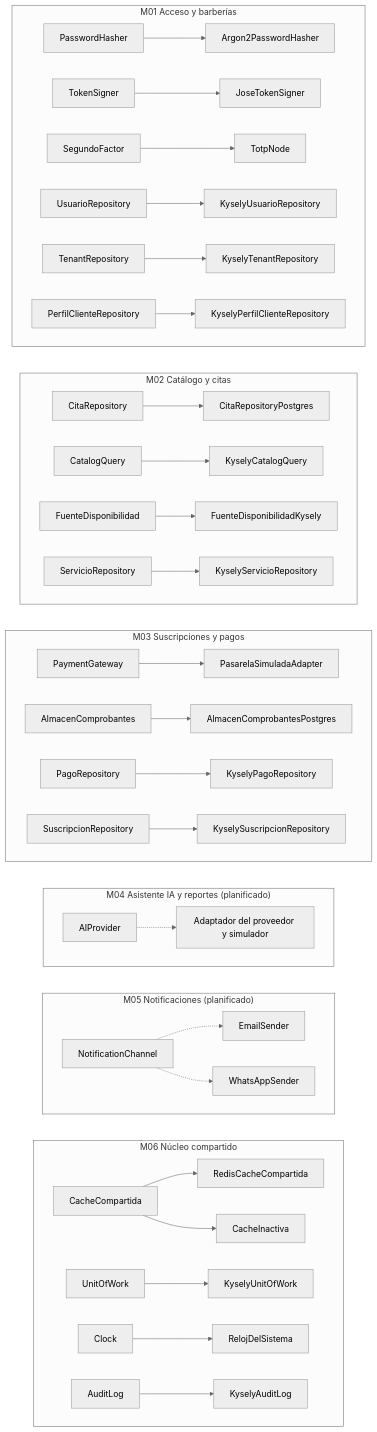
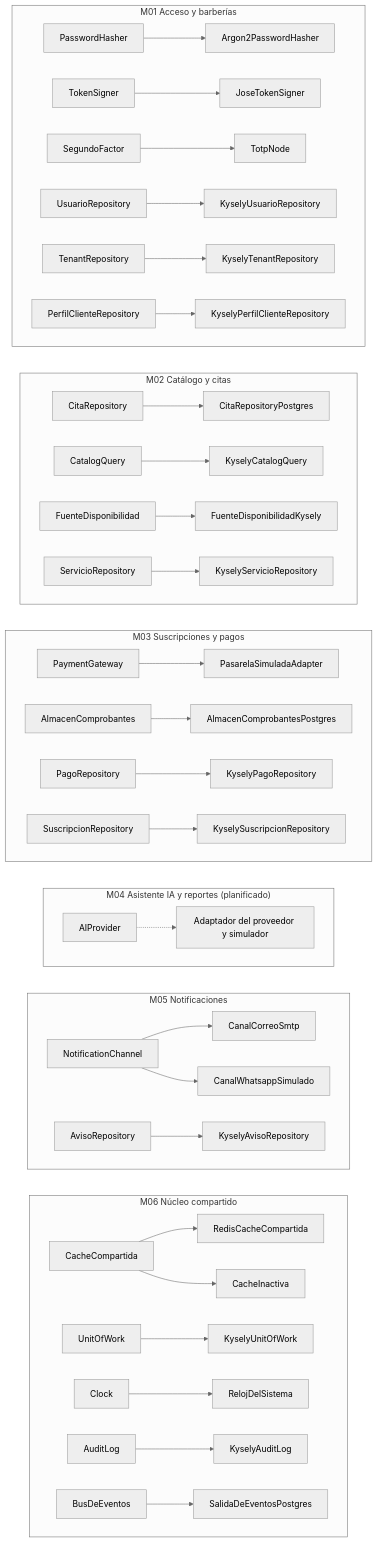
Before and after one commit to semcham/proyecto-final-barberia-ayacucho: the diagram in docs/03-diseño-de-software/diseño-interno/principios-de-diseño.md, drawn with Mermaid (neutral theme). The commit also changed other lines of this file and 27 other files, not shown here.

````diff
--- a/docs/03-diseño-de-software/diseño-interno/principios-de-diseño.md
+++ b/docs/03-diseño-de-software/diseño-interno/principios-de-diseño.md
@@ -34,48 +34,50 @@
 ```mermaid
 flowchart TB
     subgraph M01["M01 Acceso y barberías"]
         direction LR
         PasswordHasher["PasswordHasher"] --> Argon2PasswordHasher["Argon2PasswordHasher"]
         TokenSigner["TokenSigner"] --> JoseTokenSigner["JoseTokenSigner"]
         SegundoFactor["SegundoFactor"] --> TotpNode["TotpNode"]
         UsuarioRepository["UsuarioRepository"] --> KyselyUsuarioRepository["KyselyUsuarioRepository"]
         TenantRepository["TenantRepository"] --> KyselyTenantRepository["KyselyTenantRepository"]
         PerfilClienteRepository["PerfilClienteRepository"] --> KyselyPerfilClienteRepository["KyselyPerfilClienteRepository"]
     end
     subgraph M02["M02 Catálogo y citas"]
         direction LR
         CitaRepository["CitaRepository"] --> CitaRepositoryPostgres["CitaRepositoryPostgres"]
         CatalogQuery["CatalogQuery"] --> KyselyCatalogQuery["KyselyCatalogQuery"]
         FuenteDisponibilidad["FuenteDisponibilidad"] --> FuenteDisponibilidadKysely["FuenteDisponibilidadKysely"]
         ServicioRepository["ServicioRepository"] --> KyselyServicioRepository["KyselyServicioRepository"]
     end
     subgraph M03["M03 Suscripciones y pagos"]
         direction LR
         PaymentGateway["PaymentGateway"] --> PasarelaSimuladaAdapter["PasarelaSimuladaAdapter"]
         AlmacenComprobantes["AlmacenComprobantes"] --> AlmacenComprobantesPostgres["AlmacenComprobantesPostgres"]
         PagoRepository["PagoRepository"] --> KyselyPagoRepository["KyselyPagoRepository"]
         SuscripcionRepository["SuscripcionRepository"] --> KyselySuscripcionRepository["KyselySuscripcionRepository"]
     end
     subgraph M04["M04 Asistente IA y reportes (planificado)"]
         direction LR
         AIProvider["AIProvider"] -.-> AdaptadorIA["Adaptador del proveedor y simulador"]
     end
-    subgraph M05["M05 Notificaciones (planificado)"]
+    subgraph M05["M05 Notificaciones"]
         direction LR
-        NotificationChannel["NotificationChannel"] -.-> EmailSender["EmailSender"]
-        NotificationChannel -.-> WhatsAppSender["WhatsAppSender"]
+        NotificationChannel["NotificationChannel"] --> CanalCorreoSmtp["CanalCorreoSmtp"]
+        NotificationChannel --> CanalWhatsappSimulado["CanalWhatsappSimulado"]
+        AvisoRepository["AvisoRepository"] --> KyselyAvisoRepository["KyselyAvisoRepository"]
     end
     subgraph M06["M06 Núcleo compartido"]
         direction LR
         CacheCompartida["CacheCompartida"] --> RedisCacheCompartida["RedisCacheCompartida"]
         CacheCompartida --> CacheInactiva["CacheInactiva"]
         UnitOfWork["UnitOfWork"] --> KyselyUnitOfWork["KyselyUnitOfWork"]
         Clock["Clock"] --> RelojDelSistema["RelojDelSistema"]
         AuditLog["AuditLog"] --> KyselyAuditLog["KyselyAuditLog"]
+        BusDeEventos["BusDeEventos"] --> SalidaDeEventosPostgres["SalidaDeEventosPostgres"]
     end
     M01 ~~~ M02
     M02 ~~~ M03
     M03 ~~~ M04
     M04 ~~~ M05
     M05 ~~~ M06
 ```
````
